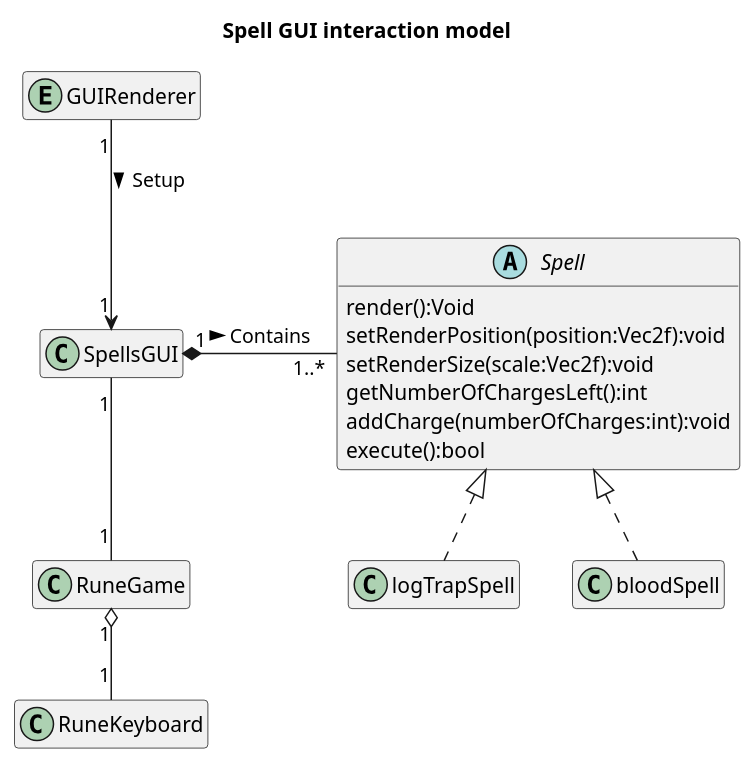
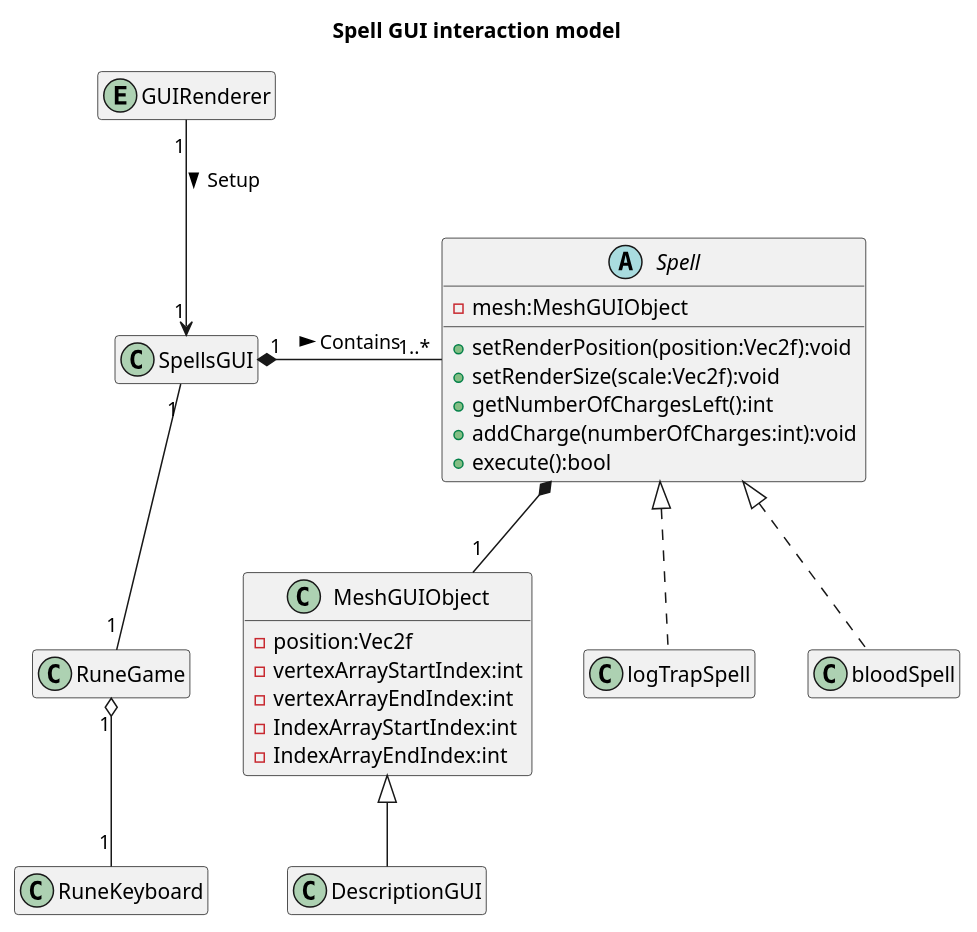
One commit to Kuift/The_Guiftmo_Project changed the diagram in docs/conception.puml. Above: the diagram before and after it, drawn with PlantUML.

Commit message:
updated conception

```diff
--- a/docs/conception.puml
+++ b/docs/conception.puml
@@ -1,29 +1,42 @@
 @startuml Conception
 
 skinparam defaultfontname Verdana
 title Spell GUI interaction model
 
 hide empty members
 abstract Spell
 {
-    render():Void
-    setRenderPosition(position:Vec2f):void
-    setRenderSize(scale:Vec2f):void
-    getNumberOfChargesLeft():int
-    addCharge(numberOfCharges:int):void
-    execute():bool
+    - mesh:MeshGUIObject
+    + setRenderPosition(position:Vec2f):void
+    + setRenderSize(scale:Vec2f):void
+    + getNumberOfChargesLeft():int
+    + addCharge(numberOfCharges:int):void
+    + execute():bool
+}
+class MeshGUIObject
+{
+  - position:Vec2f
+  - vertexArrayStartIndex:int
+  - vertexArrayEndIndex:int
+  - IndexArrayStartIndex:int
+  - IndexArrayEndIndex:int
+}
+class DescriptionGUI extends MeshGUIObject
+{
+
 }
 class logTrapSpell implements Spell
 {
 
 }
 class bloodSpell implements Spell
 class SpellsGUI
 Entity GUIRenderer
 class RuneGame
 class RuneKeyboard
 GUIRenderer "1"--> "1" SpellsGUI : Setup >
 SpellsGUI "1" *- "1..*" Spell : Contains >
 SpellsGUI "1" -- "1"  RuneGame
 RuneGame "1" o-- "1" RuneKeyboard
+Spell *-- "1" MeshGUIObject
 @enduml
```
